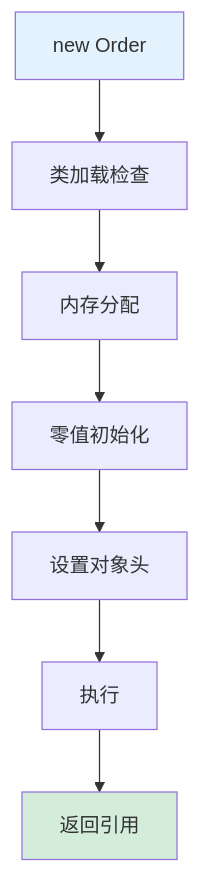
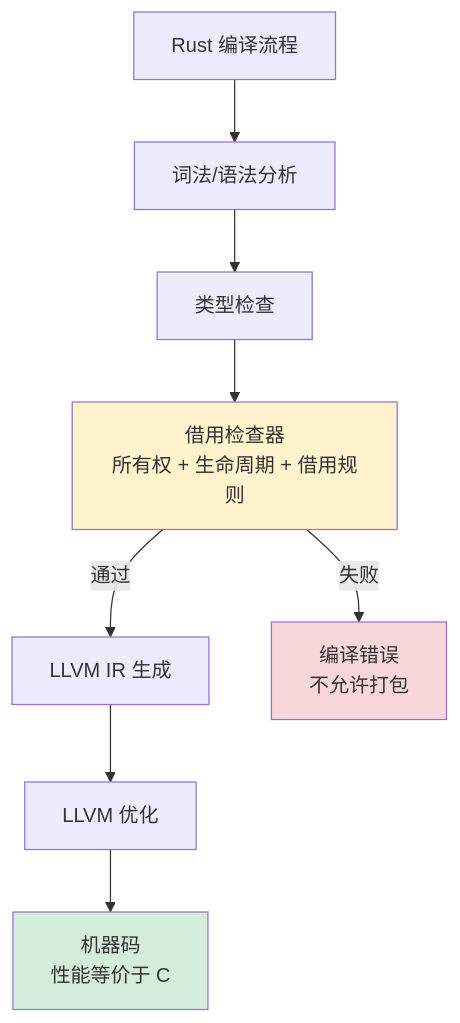
Before and after one commit to chongyang211/YCBookBlog: the eighth of 25 diagrams in 00.通用技术的提升/02.程序编程原理/08.对象创建流程原理.md, drawn with Mermaid. The commit also changed other lines of this file and 4 other files, not shown here.

````diff
--- a/00.通用技术的提升/02.程序编程原理/08.对象创建流程原理.md
+++ b/00.通用技术的提升/02.程序编程原理/08.对象创建流程原理.md
@@ -323,12 +672,14 @@
 ```mermaid
 flowchart TB
-    A[new Order] --> B[类加载检查]
-    B --> C[内存分配]
-    C --> D[零值初始化]
-    D --> E[设置对象头]
-    E --> F[执行<init>]
-    F --> G[返回引用]
+    A[Rust 编译流程] --> B[词法/语法分析]
+    B --> C[类型检查]
+    C --> D[借用检查器<br/>所有权 + 生命周期 + 借用规则]
+    D -->|通过| E[LLVM IR 生成]
+    D -->|失败| F[编译错误<br/>不允许打包]
+    E --> G[LLVM 优化]
+    G --> H[机器码<br/>性能等价于 C]
     
-    style A fill:#e3f2fd
-    style G fill:#d4edda
+    style D fill:#fff3cd
+    style F fill:#f8d7da
+    style H fill:#d4edda
 ```
````
